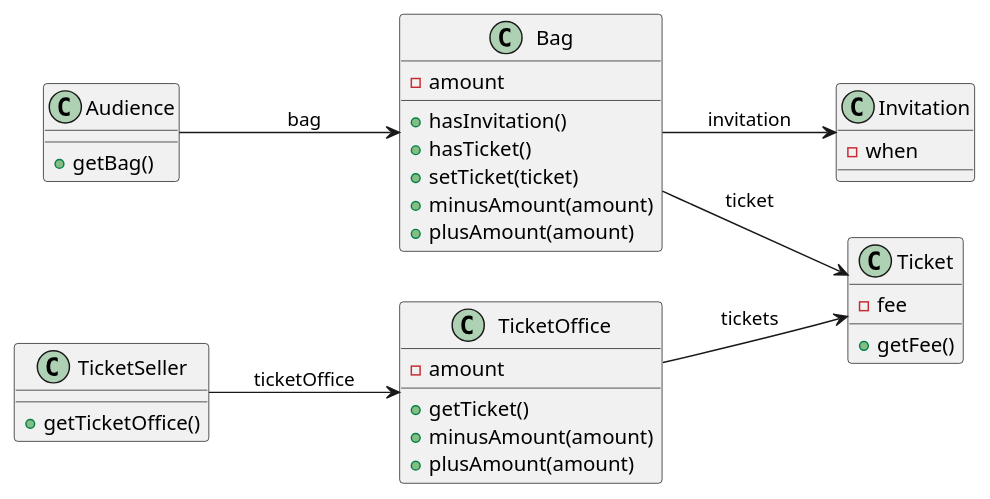
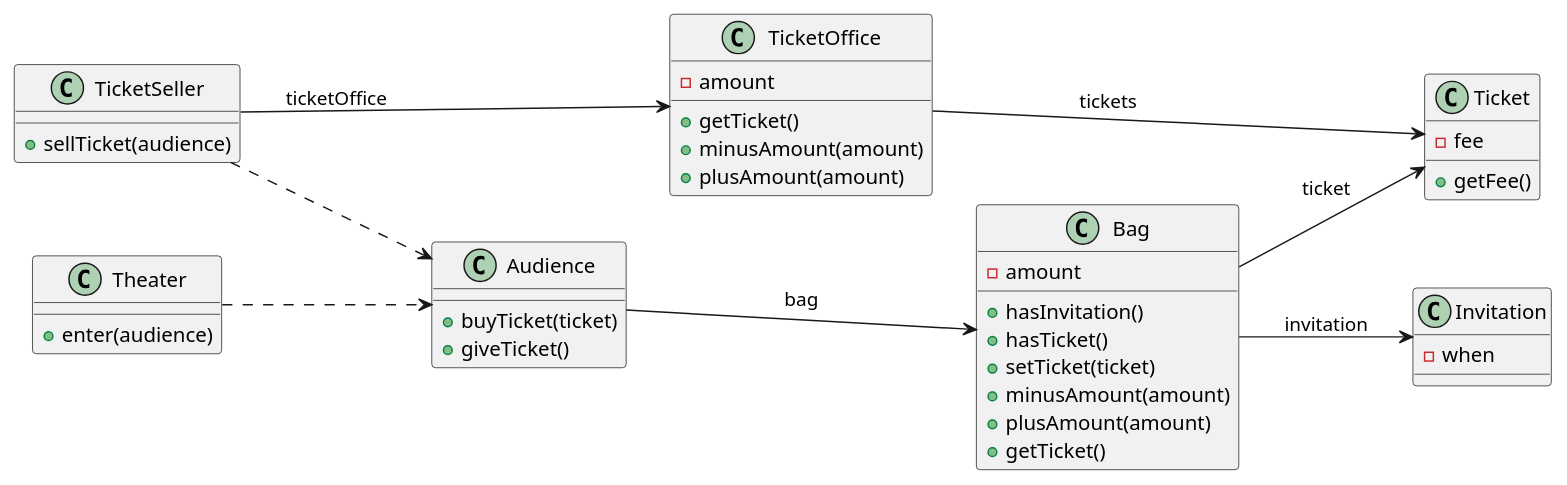
The diagram in src/uml/uml.puml (unikal1/object), drawn with PlantUML before and after one commit. The commit also changed 6 other files, not shown here.

```diff
--- a/src/uml/uml.puml
+++ b/src/uml/uml.puml
@@ -1,45 +1,57 @@
 @startuml
-left to right direction
-
+Left to Right Direction
 class Audience {
-+ getBag()
++ buyTicket(ticket)
++ giveTicket()
 }
 
 class Bag {
 - amount
 + hasInvitation()
 + hasTicket()
 + setTicket(ticket)
 + minusAmount(amount)
 + plusAmount(amount)
++ getTicket()
 }
 
 class Invitation {
 - when
 }
 
 class Ticket {
 - fee
 + getFee()
 }
 
 class TicketSeller {
-+ getTicketOffice()
++ sellTicket(audience)
 }
 
 class TicketOffice {
 - amount
 + getTicket()
 + minusAmount(amount)
 + plusAmount(amount)
 }
 
+class Theater {
++ enter(audience)
+}
+
 Audience --> Bag : bag
+
+
 Bag --> Invitation : invitation
 Bag --> Ticket : ticket
+
+
+TicketSeller ..> Audience
+Theater ..> Audience
+
 
 TicketSeller --> TicketOffice : ticketOffice
 TicketOffice --> Ticket : tickets
 
 
 @enduml
```
